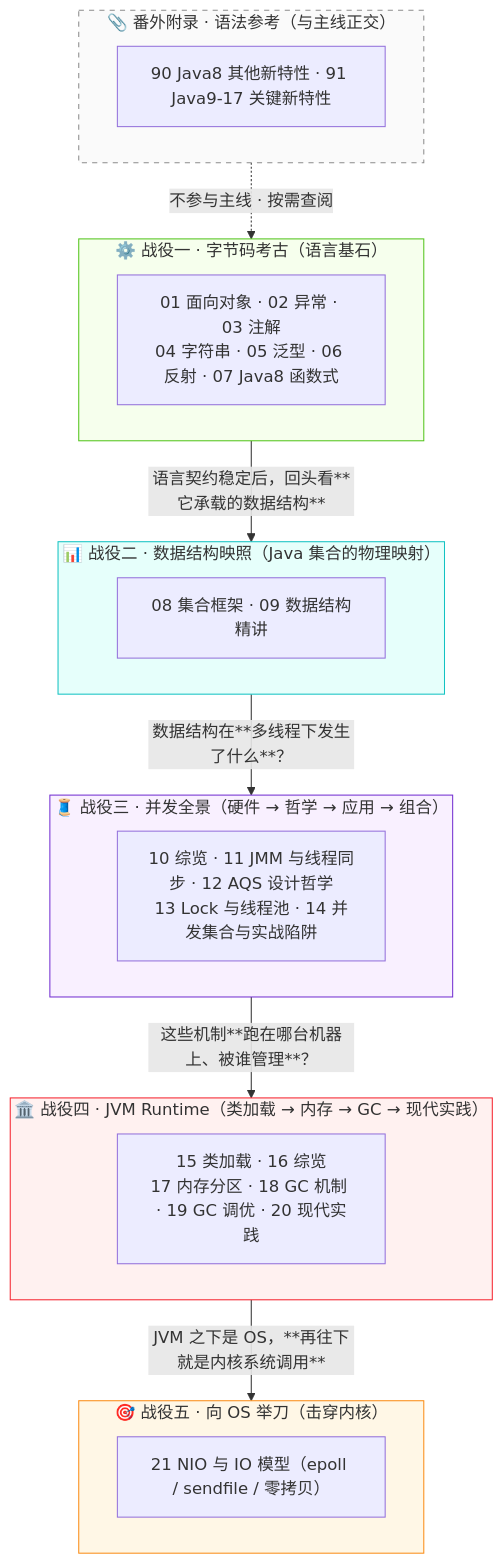
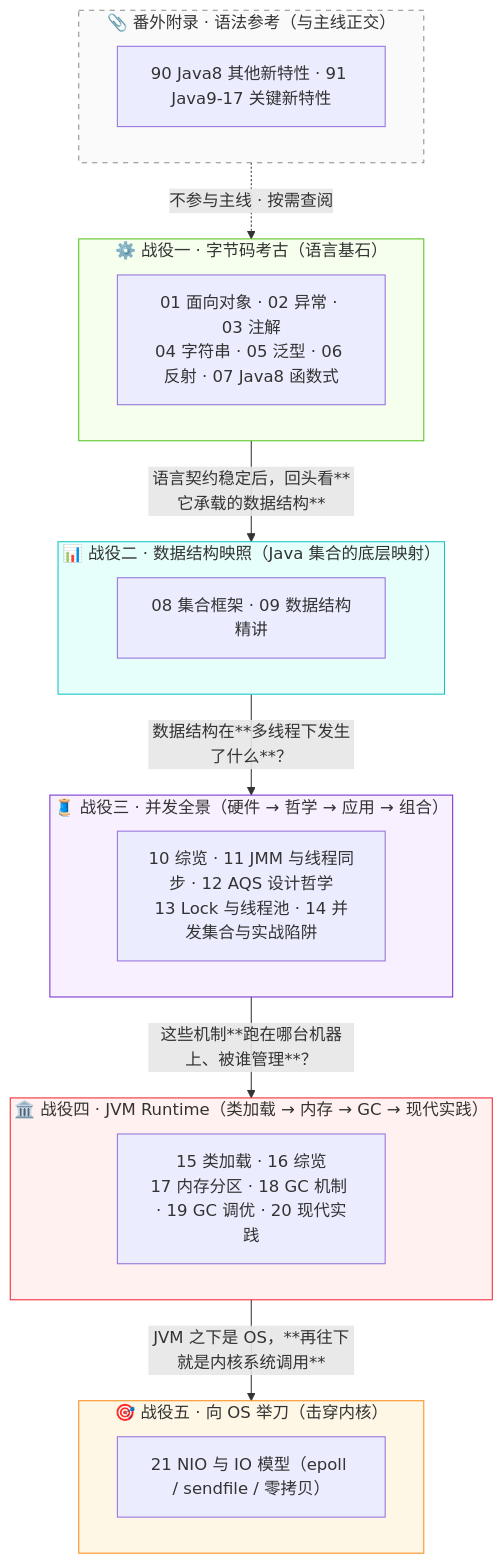
Before and after one commit to b1tzer/b1tzer.github.io: the second of 3 diagrams in docs/01-java-basic/00-Java 物理透视：从字节码剖析到 JVM 内存布局的二十四篇.md, drawn with Mermaid. The commit also changed other lines of this file and 22 other files, not shown here.

````diff
--- a/docs/01-java-basic/00-Java 物理透视：从字节码剖析到 JVM 内存布局的二十四篇.md
+++ b/docs/01-java-basic/00-Java 物理透视：从字节码剖析到 JVM 内存布局的二十四篇.md
@@ -58,39 +58,39 @@
 ```mermaid
 flowchart TB
     subgraph Z1["⚙️ 战役一 · 字节码考古（语言基石）"]
         direction LR
         Z11["01 面向对象 · 02 异常 · 03 注解<br/>04 字符串 · 05 泛型 · 06 反射 · 07 Java8 函数式"]
     end
-    subgraph Z2["📊 战役二 · 数据结构映照（Java 集合的物理映射）"]
+    subgraph Z2["📊 战役二 · 数据结构映照（Java 集合的底层映射）"]
         direction LR
         Z21["08 集合框架 · 09 数据结构精讲"]
     end
     subgraph Z3["🧵 战役三 · 并发全景（硬件 → 哲学 → 应用 → 组合）"]
         direction LR
         Z31["10 综览 · 11 JMM 与线程同步 · 12 AQS 设计哲学<br/>13 Lock 与线程池 · 14 并发集合与实战陷阱"]
     end
     subgraph Z4["🏛️ 战役四 · JVM Runtime（类加载 → 内存 → GC → 现代实践）"]
         direction LR
         Z41["15 类加载 · 16 综览<br/>17 内存分区 · 18 GC 机制 · 19 GC 调优 · 20 现代实践"]
     end
     subgraph Z5["🎯 战役五 · 向 OS 举刀（击穿内核）"]
         direction LR
         Z51["21 NIO 与 IO 模型（epoll / sendfile / 零拷贝）"]
     end
     subgraph ZX["📎 番外附录 · 语法参考（与主线正交）"]
         direction LR
         ZX1["90 Java8 其他新特性 · 91 Java9-17 关键新特性"]
     end
     Z1 -->|"语言契约稳定后，回头看**它承载的数据结构**"| Z2
     Z2 -->|"数据结构在**多线程下发生了什么**？"| Z3
     Z3 -->|"这些机制**跑在哪台机器上、被谁管理**？"| Z4
     Z4 -->|"JVM 之下是 OS，**再往下就是内核系统调用**"| Z5
     ZX -.->|"不参与主线 · 按需查阅"| Z1
 
     style Z1 fill:#f6ffed,stroke:#52c41a
     style Z2 fill:#e6fffb,stroke:#13c2c2
     style Z3 fill:#f9f0ff,stroke:#722ed1
     style Z4 fill:#fff1f0,stroke:#f5222d
     style Z5 fill:#fff7e6,stroke:#fa8c16
     style ZX fill:#fafafa,stroke:#8c8c8c,stroke-dasharray: 5 5
 ```
````
